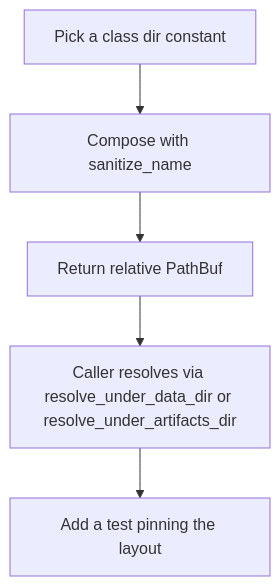
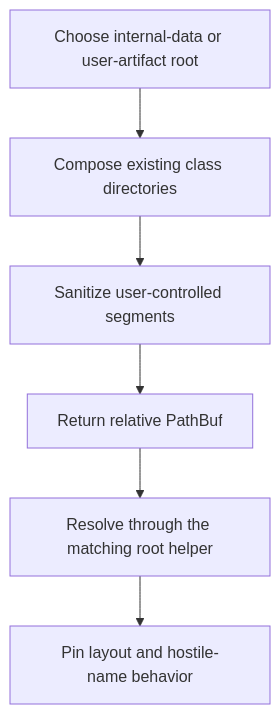
One commit to mdz-axo/zed-kask changed the first of 2 diagrams in kask/docs/diataxis/hkask-types/how-to.md. Above: the diagram before and after it, drawn with Mermaid. The commit also changed other lines of this file and 12 other files, not shown here.

````diff
--- a/kask/docs/diataxis/hkask-types/how-to.md
+++ b/kask/docs/diataxis/hkask-types/how-to.md
@@ -38,7 +37,8 @@
 ```mermaid
 flowchart TD
-    A[Pick a class dir constant] --> B[Compose with sanitize_name]
-    B --> C[Return relative PathBuf]
-    C --> D[Caller resolves via resolve_under_data_dir or resolve_under_artifacts_dir]
-    D --> E[Add a test pinning the layout]
+    A[Choose internal-data or user-artifact root] --> B[Compose existing class directories]
+    B --> C[Sanitize user-controlled segments]
+    C --> D[Return relative PathBuf]
+    D --> E[Resolve through the matching root helper]
+    E --> F[Pin layout and hostile-name behavior]
 ```
````
